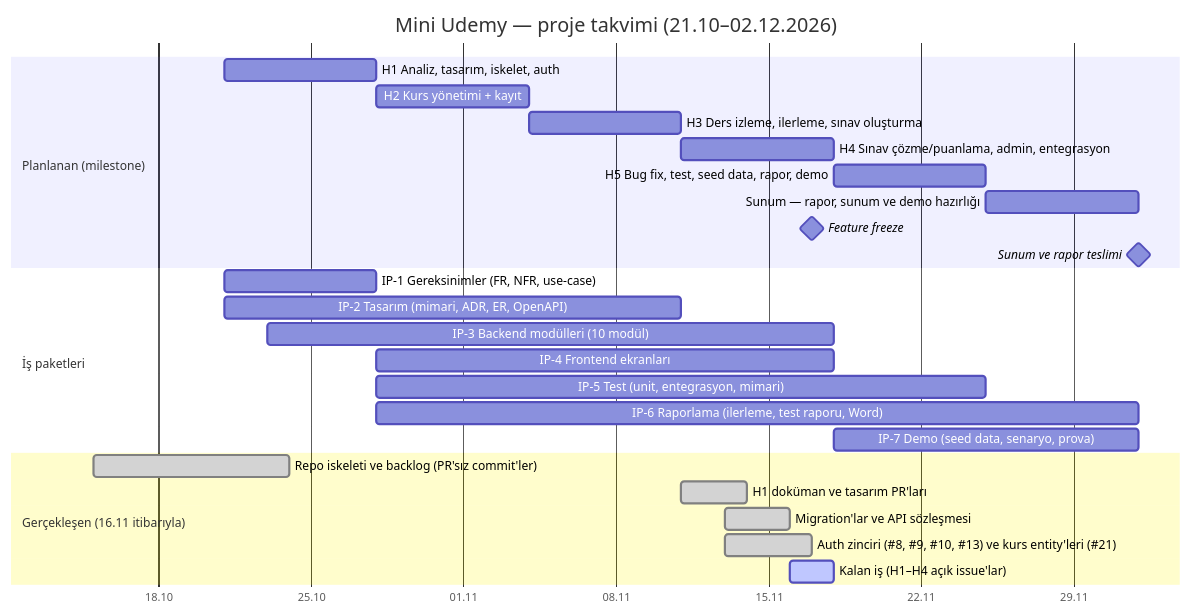
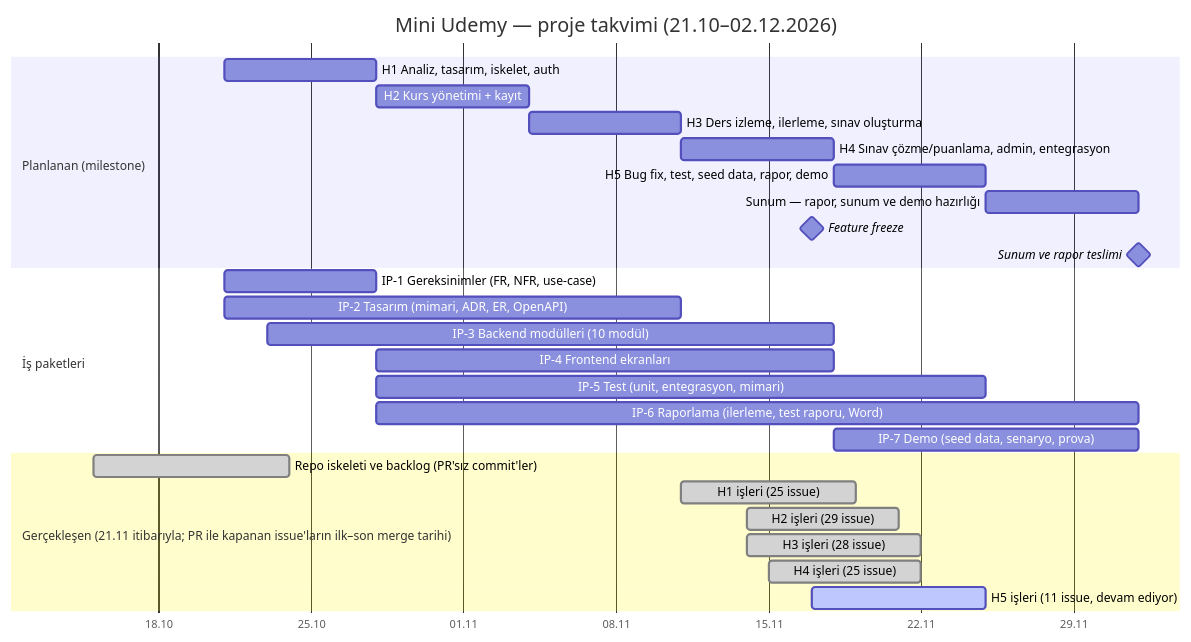
The diagram in docs/plan.md (Bertanokt/mini-udemy), drawn with Mermaid before and after one commit. The commit also changed other lines of this file and 2 other files, not shown here.

````diff
--- a/docs/plan.md
+++ b/docs/plan.md
@@ -19,32 +19,33 @@
 ```mermaid
 gantt
     title Mini Udemy — proje takvimi (21.10–02.12.2026)
     dateFormat  YYYY-MM-DD
     axisFormat  %d.%m
 
     section Planlanan (milestone)
     H1 Analiz, tasarım, iskelet, auth            :h1, 2026-10-21, 2026-10-28
     H2 Kurs yönetimi + kayıt                      :h2, 2026-10-28, 2026-11-04
     H3 Ders izleme, ilerleme, sınav oluşturma     :h3, 2026-11-04, 2026-11-11
     H4 Sınav çözme/puanlama, admin, entegrasyon   :h4, 2026-11-11, 2026-11-18
     H5 Bug fix, test, seed data, rapor, demo      :h5, 2026-11-18, 2026-11-25
     Sunum — rapor, sunum ve demo hazırlığı        :s1, 2026-11-25, 2026-12-02
     Feature freeze                                :milestone, ff, 2026-11-17, 0d
     Sunum ve rapor teslimi                        :milestone, t1, 2026-12-02, 0d
 
     section İş paketleri
     IP-1 Gereksinimler (FR, NFR, use-case)        :ip1, 2026-10-21, 2026-10-28
     IP-2 Tasarım (mimari, ADR, ER, OpenAPI)       :ip2, 2026-10-21, 2026-11-11
     IP-3 Backend modülleri (10 modül)             :ip3, 2026-10-23, 2026-11-18
     IP-4 Frontend ekranları                       :ip4, 2026-10-28, 2026-11-18
     IP-5 Test (unit, entegrasyon, mimari)         :ip5, 2026-10-28, 2026-11-25
     IP-6 Raporlama (ilerleme, test raporu, Word)  :ip6, 2026-10-28, 2026-12-02
     IP-7 Demo (seed data, senaryo, prova)         :ip7, 2026-11-18, 2026-12-02
 
-    section Gerçekleşen (16.11 itibarıyla)
+    section Gerçekleşen (21.11 itibarıyla; PR ile kapanan issue'ların ilk–son merge tarihi)
     Repo iskeleti ve backlog (PR'sız commit'ler)  :done, g0, 2026-10-15, 2026-10-24
-    H1 doküman ve tasarım PR'ları                 :done, g1, 2026-11-11, 2026-11-14
-    Migration'lar ve API sözleşmesi               :done, g2, 2026-11-13, 2026-11-16
-    Auth zinciri (#8, #9, #10, #13) ve kurs entity'leri (#21) :done, g3, 2026-11-13, 2026-11-17
-    Kalan iş (H1–H4 açık issue'lar)               :active, g4, 2026-11-16, 2026-11-18
+    H1 işleri (25 issue)                          :done, g1, 2026-11-11, 2026-11-19
+    H2 işleri (29 issue)                          :done, g2, 2026-11-14, 2026-11-21
+    H3 işleri (28 issue)                          :done, g3, 2026-11-14, 2026-11-22
+    H4 işleri (25 issue)                          :done, g4, 2026-11-15, 2026-11-22
+    H5 işleri (11 issue, devam ediyor)            :active, g5, 2026-11-17, 2026-11-25
 ```
````
